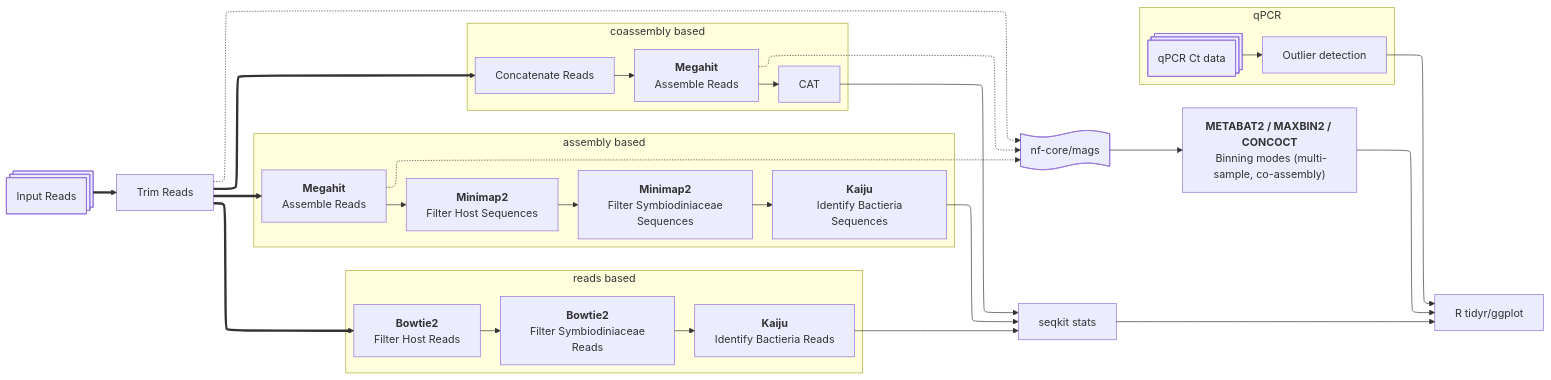
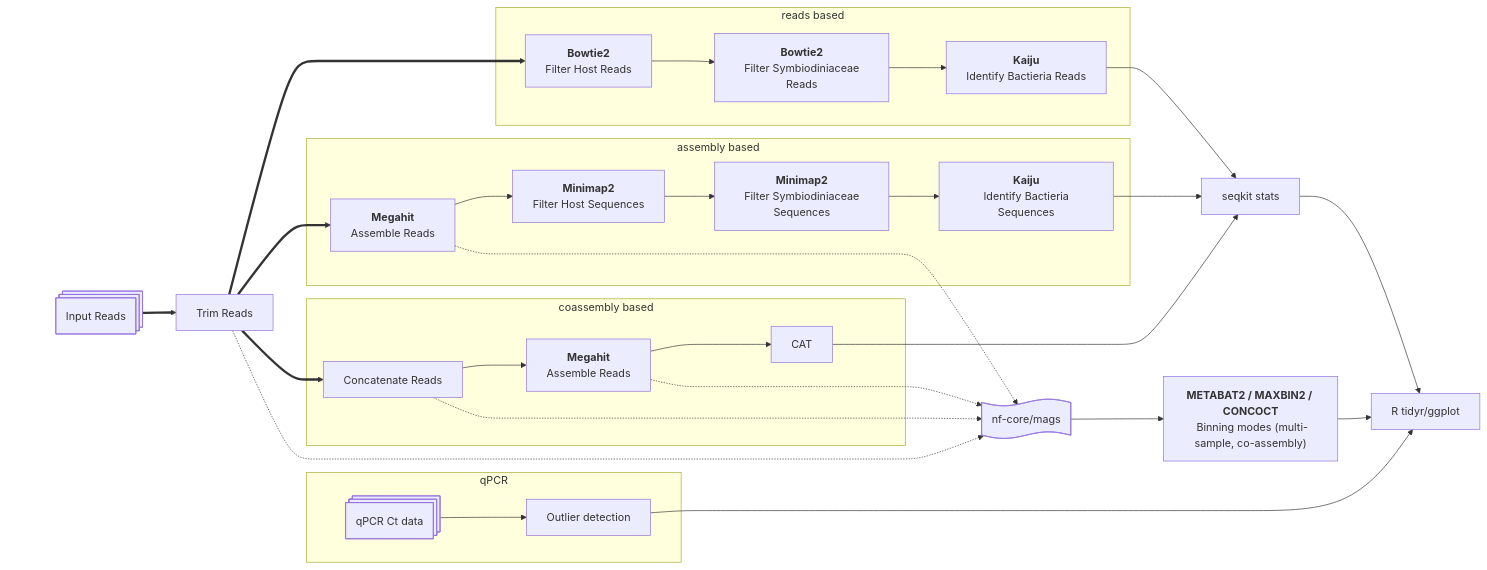
One commit to ColinL1/metaG_EukDepletion changed the diagram in README.md. Above: the diagram before and after it, drawn with Mermaid. The commit also changed other lines of this file, not shown here.

Commit message:
Update README.md
Edited mermaid diagram

````diff
--- a/README.md
+++ b/README.md
@@ -13,48 +11,64 @@
 ```mermaid
----
-config:
-  layout: elk
-  theme: default
-  fontFamily: '''Open Sans Variable'', sans-serif'
-  themeVariables:
-    fontFamily: '''Open Sans Variable'', sans-serif'
----
 flowchart LR
-    A@{ shape: procs, label: "Input Reads" }
-    A ==> B["Trim Reads"]
-    B ==> C["<div style='font-weight:bold'>Bowtie2</div> Filter Host Reads"]
-  subgraph "reads based"
-    C --> D["<div style='font-weight:bold'>Bowtie2</div> Filter Symbiodiniaceae Reads"]
-    D --> E["<div style='font-weight:bold'>Kaiju</div> Identify Bactieria Reads"]
+ subgraph subGraph0["reads based"]
+        D@{ label: "<div style=\"font-weight:bold\">Bowtie2</div> Filter Symbiodiniaceae Reads" }
+        C@{ label: "<div style=\"font-weight:bold\">Bowtie2</div> Filter Host Reads" }
+        E@{ label: "<div style=\"font-weight:bold\">Kaiju</div> Identify Bactieria Reads" }
   end
-  
-    B ==> F["<div style='font-weight:bold'>Megahit</div>Assemble Reads"]
-  subgraph "assembly based" 
-    F --> G["<div style='font-weight:bold'>Minimap2</div> Filter Host Sequences"]
-    G --> H["<div style='font-weight:bold'>Minimap2</div> Filter Symbiodiniaceae Sequences"]
-    H --> J["<div style='font-weight:bold'>Kaiju</div> Identify Bactieria Sequences"]
+ subgraph subGraph1["assembly based"]
+        G@{ label: "<div style=\"font-weight:bold\">Minimap2</div> Filter Host Sequences" }
+        F@{ label: "<div style=\"font-weight:bold\">Megahit</div>Assemble Reads" }
+        H@{ label: "<div style=\"font-weight:bold\">Minimap2</div> Filter Symbiodiniaceae Sequences" }
+        J@{ label: "<div style=\"font-weight:bold\">Kaiju</div> Identify Bactieria Sequences" }
   end
-    B ==> K[Concatenate Reads]
-  subgraph "coassembly based"
-    K --> L["<div style='font-weight:bold'>Megahit</div>Assemble Reads"]
-    L --> M[CAT]
+ subgraph subGraph2["coassembly based"]
+        M["CAT"]
+        L@{ label: "<div style=\"font-weight:bold\">Megahit</div>Assemble Reads" }
+        K["Concatenate Reads"]
   end
-  L -..-> N
-  F -..-> N
-  B -..-> N
-  N@{ shape: paper-tape, label: "nf-core/mags" }
-  N --> O["<div style='font-weight:bold'>METABAT2 / MAXBIN2 / CONCOCT</div> Binning modes (multi-sample, co-assembly)"]
+ subgraph qPCR["qPCR"]
+        Q["qPCR Ct data"]
+        R["Outlier detection"]
+  end
+    A["Input Reads"] ==> B["Trim Reads"]
+    B ==> C & F & K
+    C --> D
+    D --> E
+    F --> G
+    G --> H
+    H --> J
+    K --> L
+    L --> M
+    L -..-> N["nf-core/mags"]
+    F -..-> N
+    B -..-> N
+    K -..-> N
+    N --> O@{ label: "<div style=\"font-weight:bold\">METABAT2 / MAXBIN2 / CONCOCT</div> Binning modes (multi-sample, co-assembly)" }
+    M --> S["seqkit stats"]
+    E --> S
+    J --> S
+    S --> P["R tidyr/ggplot"]
+    O --> P
+    R --> P
+    Q --> R
+    x["x"] --> A & qPCR
+    R --> D 
 
-
-  M --> S[seqkit stats]
-  E --> S
-  J --> S
-
-  S --> P[R tidyr/ggplot]
-  O --> P
-  R --> P
-  subgraph qPCR
-    Q@{ shape: procs, label: "qPCR Ct data" }
-    Q --> R[Outlier detection]
-  end
+    D@{ shape: rect}
+    C@{ shape: rect}
+    E@{ shape: rect}
+    G@{ shape: rect}
+    F@{ shape: rect}
+    H@{ shape: rect}
+    J@{ shape: rect}
+    L@{ shape: rect}
+    Q@{ shape: procs}
+    A@{ shape: procs}
+    N@{ shape: paper-tape}
+    O@{ shape: rect}
+    x@{ shape: text}
+    style x color:transparent
+    linkStyle 23 stroke:transparent
+    linkStyle 24 stroke:transparent
+    linkStyle 25 stroke:transparent
   ```
````
